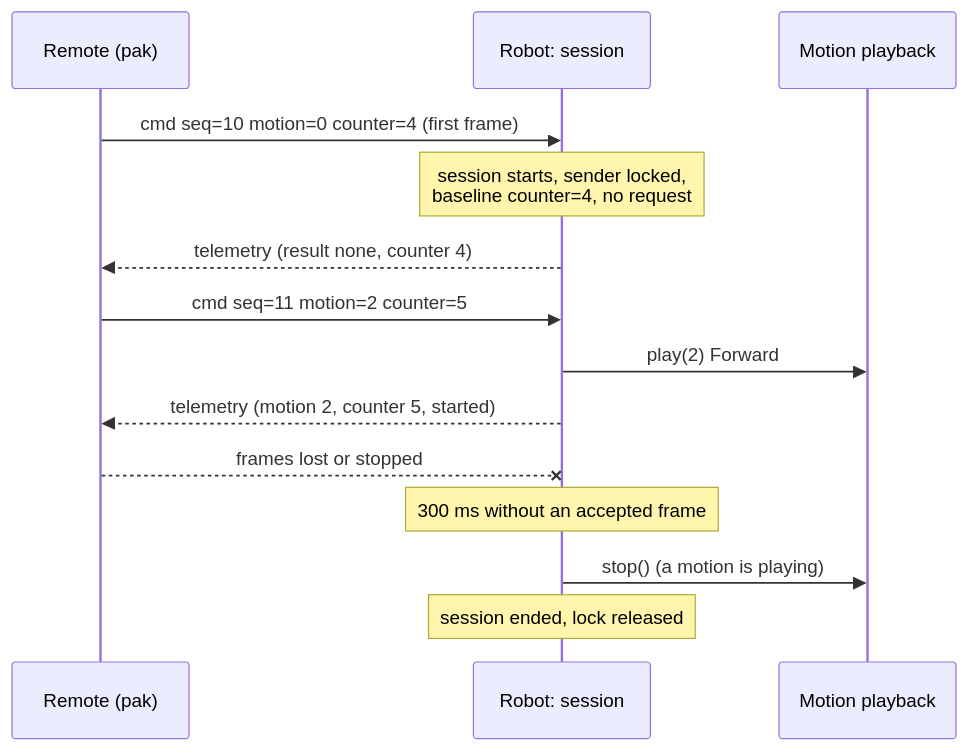
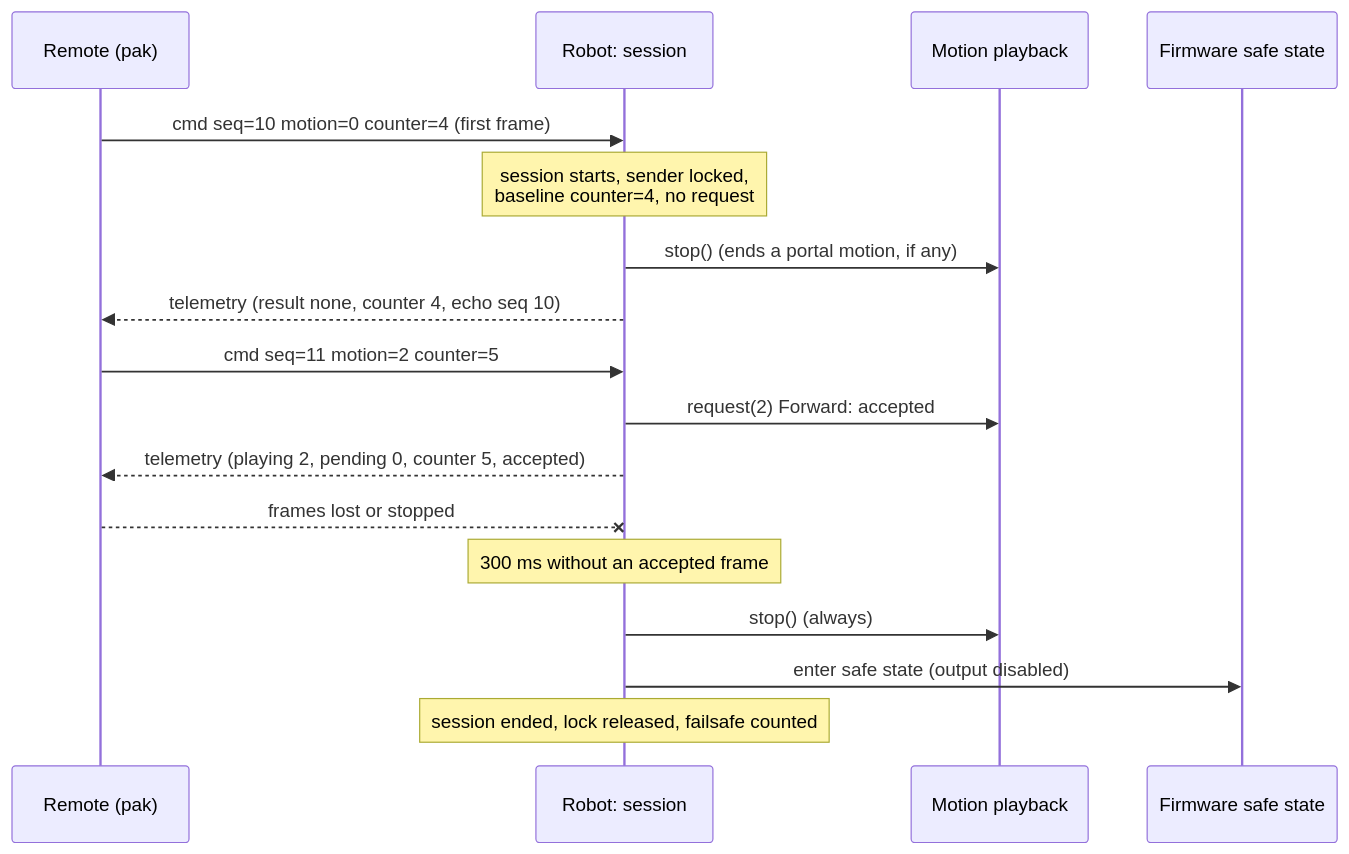
Before and after one commit to blackfyre/mini-spooder: the second of 3 diagrams in openspec/changes/drive-link/design.md, drawn with Mermaid. The commit also changed other lines of this file and 3 other files, not shown here.

````diff
--- a/openspec/changes/drive-link/design.md
+++ b/openspec/changes/drive-link/design.md
@@ -78,16 +84,19 @@
 ```mermaid
 sequenceDiagram
   participant R as Remote (pak)
   participant S as Robot: session
   participant M as Motion playback
+  participant F as Firmware safe state
   R->>S: cmd seq=10 motion=0 counter=4 (first frame)
   Note over S: session starts, sender locked,<br/>baseline counter=4, no request
-  S-->>R: telemetry (result none, counter 4)
+  S->>M: stop() (ends a portal motion, if any)
+  S-->>R: telemetry (result none, counter 4, echo seq 10)
   R->>S: cmd seq=11 motion=2 counter=5
-  S->>M: play(2) Forward
-  S-->>R: telemetry (motion 2, counter 5, started)
+  S->>M: request(2) Forward: accepted
+  S-->>R: telemetry (playing 2, pending 0, counter 5, accepted)
   R--xS: frames lost or stopped
   Note over S: 300 ms without an accepted frame
-  S->>M: stop() (a motion is playing)
-  Note over S: session ended, lock released
+  S->>M: stop() (always)
+  S->>F: enter safe state (output disabled)
+  Note over S: session ended, lock released, failsafe counted
 ```
````
